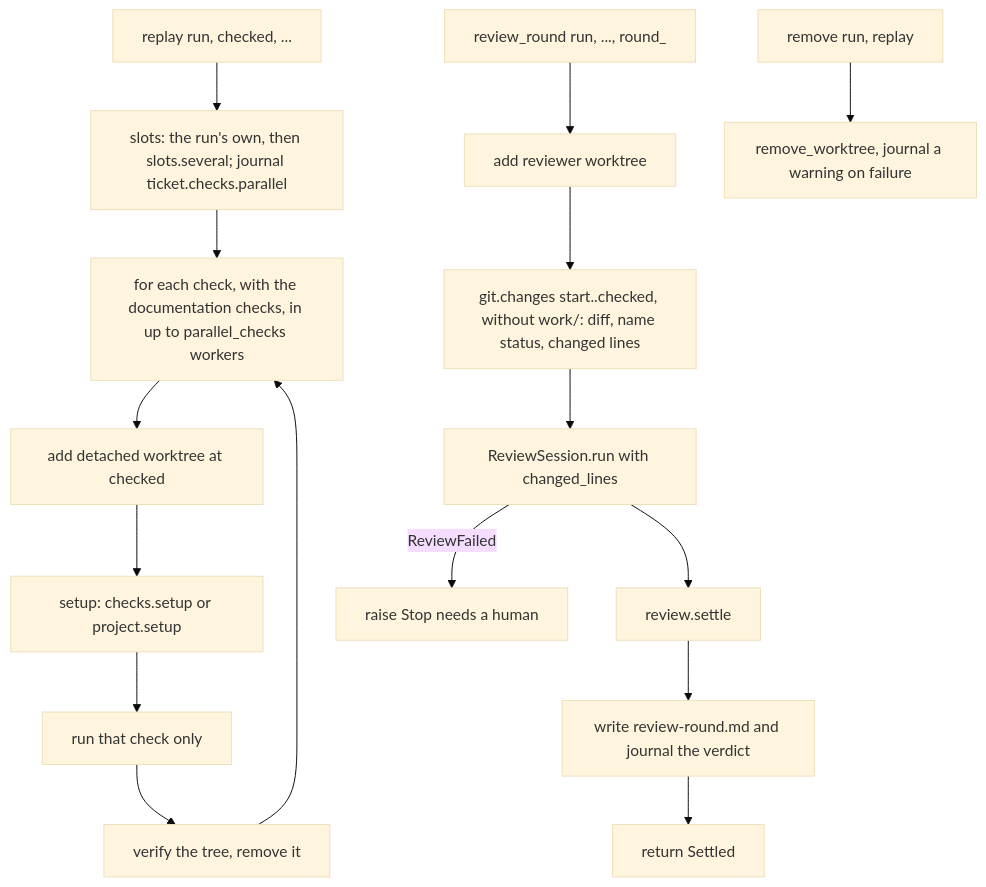
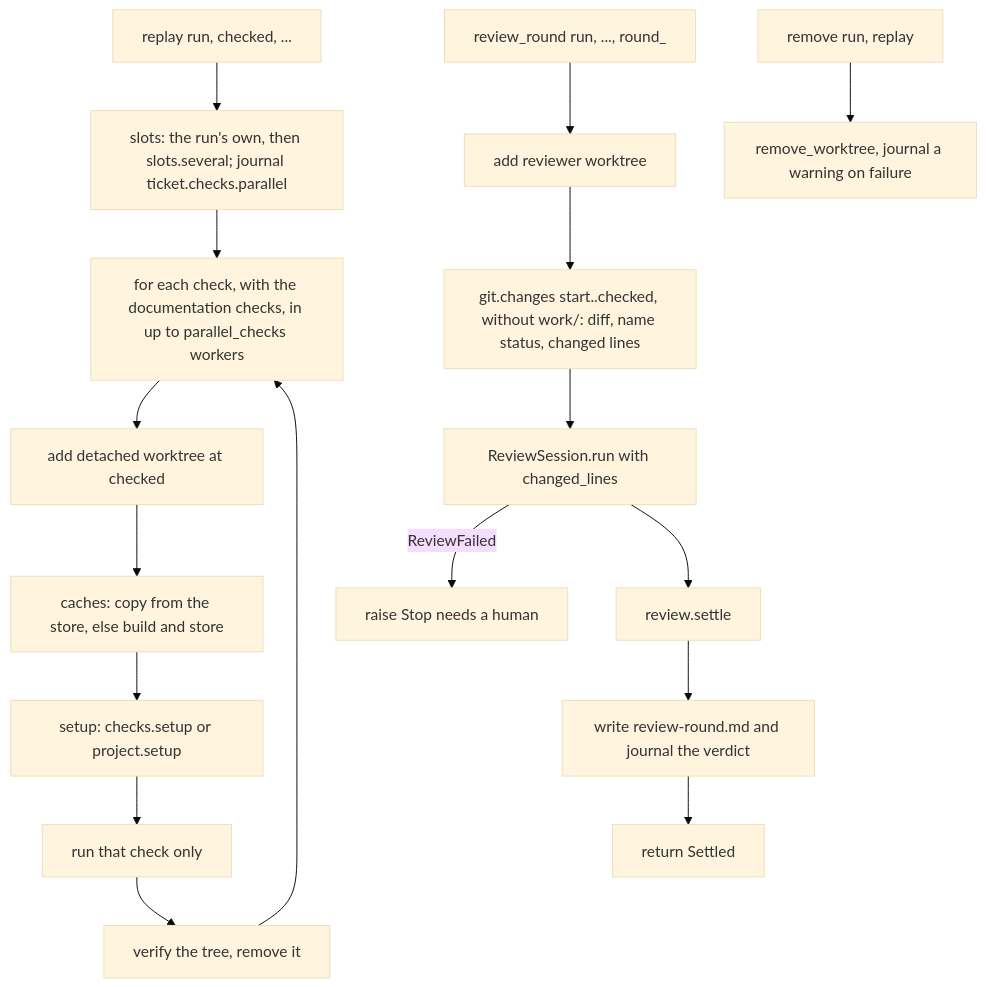
The first of 3 diagrams in docs/architecture/modules/replay.md (plaplanche/ariane), drawn with Mermaid (base theme) before and after one commit. The commit also changed other lines of this file and 23 other files, not shown here.

````diff
--- a/docs/architecture/modules/replay.md
+++ b/docs/architecture/modules/replay.md
@@ -28,18 +32,19 @@
 ```mermaid
 flowchart TD
   A[replay run, checked, ...] --> A2[slots: the run's own, then slots.several; journal ticket.checks.parallel]
   A2 --> B[for each check, with the documentation checks, in up to parallel_checks workers]
   B --> C[add detached worktree at checked]
-  C --> D[setup: checks.setup or project.setup]
+  C --> C2[caches: copy from the store, else build and store]
+  C2 --> D[setup: checks.setup or project.setup]
   D --> E[run that check only]
   E --> F[verify the tree, remove it]
   F --> B
   G[review_round run, ..., round_] --> H[add reviewer worktree]
   H --> H2[git.changes start..checked, without work/: diff, name status, changed lines]
   H2 --> I[ReviewSession.run with changed_lines]
   I -- ReviewFailed --> X[raise Stop needs a human]
   I --> J[review.settle]
   J --> K[write review-round.md and journal the verdict]
   K --> L[return Settled]
   M[remove run, replay] --> N[remove_worktree, journal a warning on failure]
 ```
````
